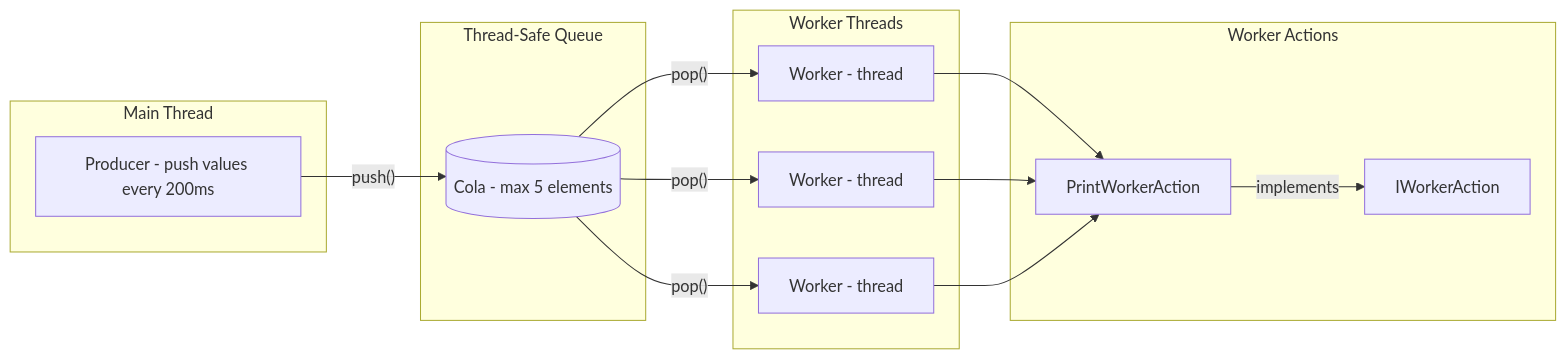
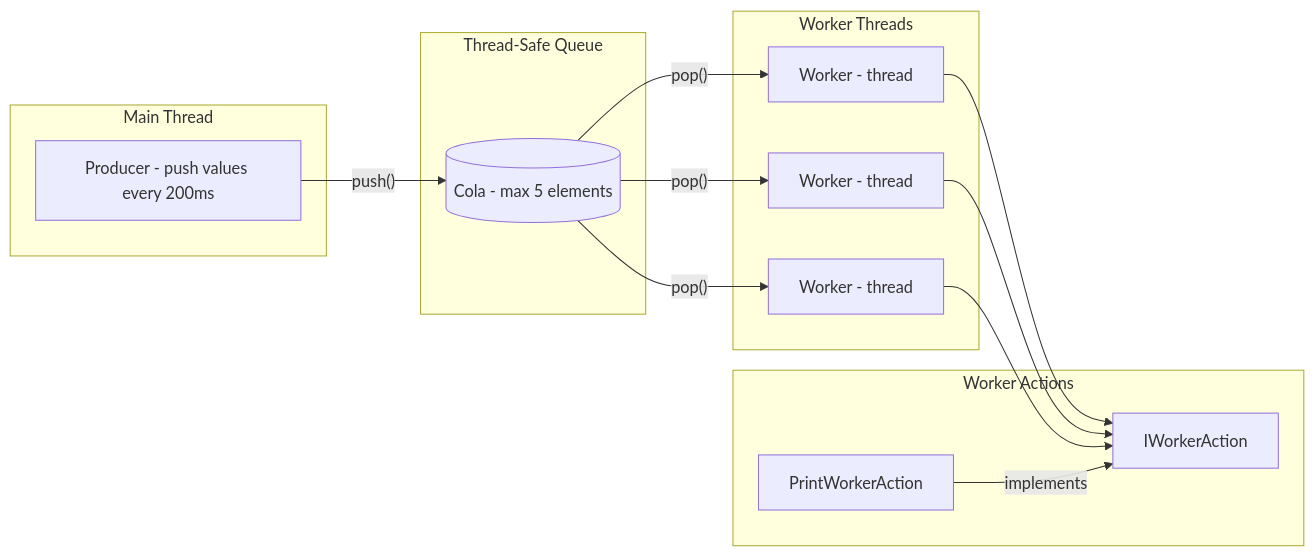
One commit to sergioguerreroblanco-oss/cola-worker-test changed the first of 2 diagrams in README.md. Above: the diagram before and after it, drawn with Mermaid.

Commit message:
fix architecture diagram to show Workers depend on IWorkerAction

````diff
--- a/README.md
+++ b/README.md
@@ -29,33 +29,33 @@
 ```mermaid
 flowchart LR
     subgraph Main [Main Thread]
         P[Producer - push values every 200ms]
     end
 
     subgraph Cola [Thread-Safe Queue]
         Q[(Cola<T> - max 5 elements)]
     end
 
     subgraph Workers [Worker Threads]
         W1[Worker<T> - thread]
         W2[Worker<T> - thread]
         W3[Worker<T> - thread]
     end
 
     subgraph Actions [Worker Actions]
         A1[IWorkerAction<T>]
         A2[PrintWorkerAction<T>]
     end
 
     P -->|"push()"| Q
     Q -->|"pop()"| W1
     Q -->|"pop()"| W2
     Q -->|"pop()"| W3
 
-    W1 --> A2
-    W2 --> A2
-    W3 --> A2
+    W1 --> A1
+    W2 --> A1
+    W3 --> A1
     A2 -->|implements| A1
 
 
 ```
````
